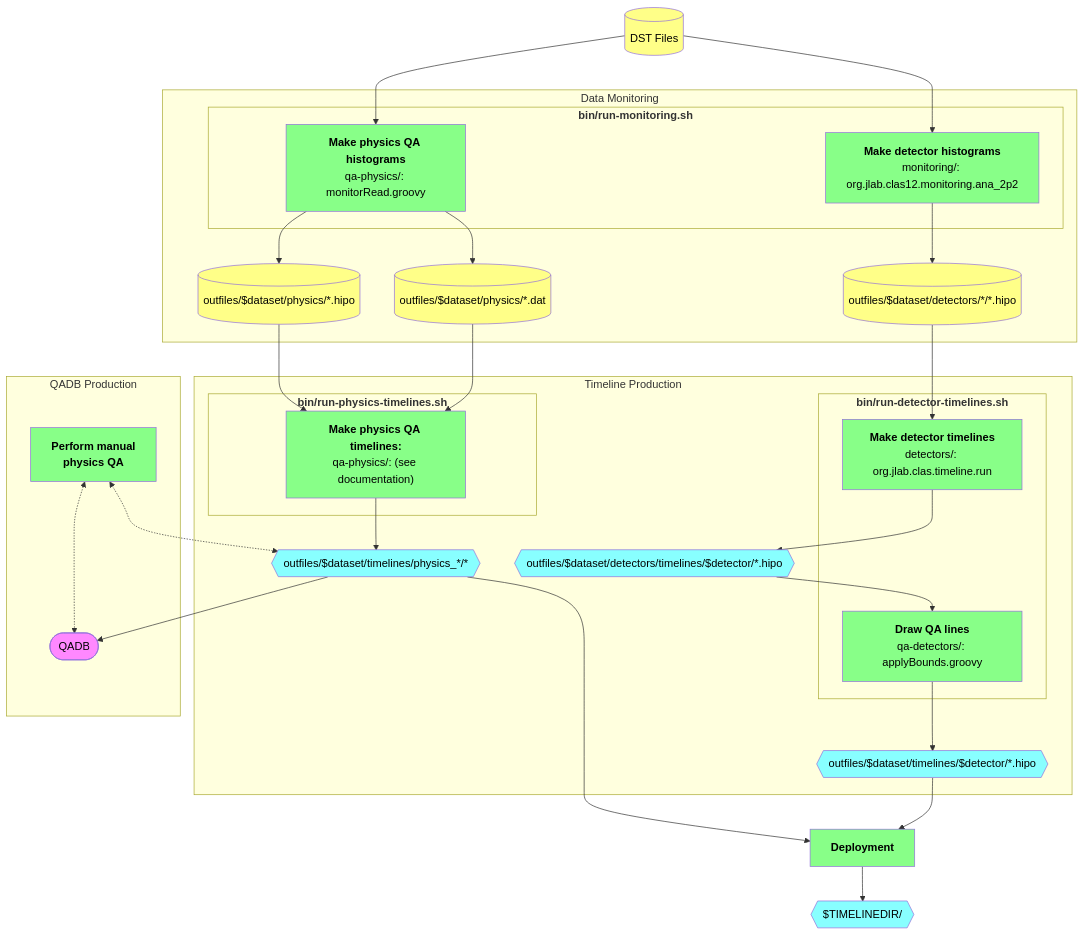
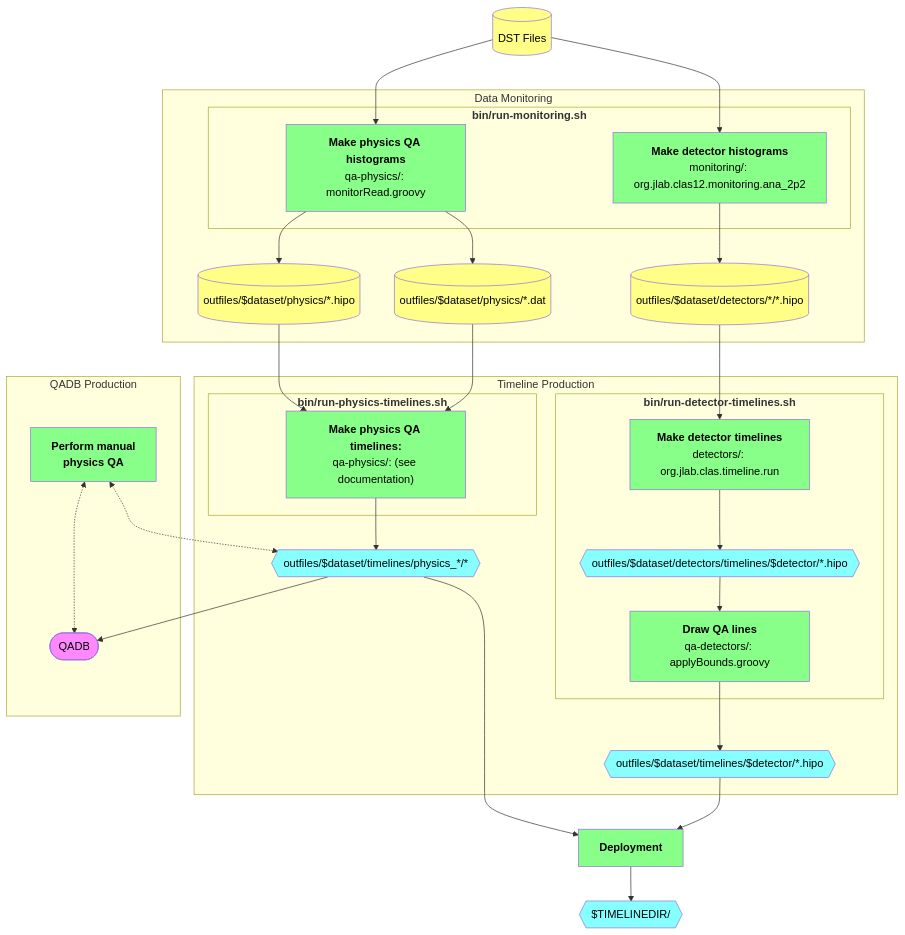
The diagram in README.md (JeffersonLab/clas12-timeline), drawn with Mermaid before and after one commit.

Commit message:
modified: README.md

````diff
--- a/README.md
+++ b/README.md
@@ -75,59 +75,59 @@
 ```mermaid
 flowchart TB
 
     classDef proc     fill:#8f8,color:black
     classDef data     fill:#ff8,color:black
     classDef misc     fill:#f8f,color:black
     classDef timeline fill:#8ff,color:black
 
     dst[(DST Files)]:::data
 
     subgraph Data Monitoring
         subgraph "<strong>bin/run-monitoring.sh</strong>"
             monitorDetectors["<strong>Make detector histograms</strong><br/>monitoring/: org.jlab.clas12.monitoring.ana_2p2"]:::proc
             monitorPhysics["<strong>Make physics QA histograms</strong><br/>qa-physics/: monitorRead.groovy"]:::proc
         end
         outplots[(outfiles/$dataset/detectors/*/*.hipo)]:::data
         outdat[(outfiles/$dataset/physics/*.dat)]:::data
         outmon[(outfiles/$dataset/physics/*.hipo)]:::data
     end
     dst --> monitorDetectors
     dst --> monitorPhysics
     monitorDetectors --> outplots
     monitorPhysics   --> outdat
     monitorPhysics   --> outmon
 
     subgraph Timeline Production
         subgraph "<strong>bin/run-detector-timelines.sh</strong>"
             timelineDetectorsPreQA["<strong>Make detector timelines</strong><br/>detectors/: org.jlab.clas.timeline.run"]:::proc
+            outTimelineDetectorsPreQA{{outfiles/$dataset/detectors/timelines/$detector/*.hipo}}:::timeline
             timelineDetectors["<strong>Draw QA lines</strong><br/>qa-detectors/: applyBounds.groovy"]:::proc
         end
         subgraph "<strong>bin/run-physics-timelines.sh</strong>"
             timelinePhysics["<strong>Make physics QA timelines:</strong><br/>qa-physics/: (see documentation)"]:::proc
         end
         outTimelinePhysics{{outfiles/$dataset/timelines/physics_*/*}}:::timeline
-        outTimelineDetectorsPreQA{{outfiles/$dataset/detectors/timelines/$detector/*.hipo}}:::timeline
         outTimelineDetectors{{outfiles/$dataset/timelines/$detector/*.hipo}}:::timeline
     end
 
     outplots --> timelineDetectorsPreQA --> outTimelineDetectorsPreQA --> timelineDetectors --> outTimelineDetectors
     outdat   --> timelinePhysics
     outmon   --> timelinePhysics
     timelinePhysics --> outTimelinePhysics
 
     subgraph QADB Production
         qadb([QADB]):::misc
         manualQA[<strong>Perform manual<br/>physics QA</strong>]:::proc
     end
     
     deploy["<strong>Deployment</strong>"]:::proc
     timelineDir{{"$TIMELINEDIR/"}}:::timeline
 
     outTimelineDetectors --> deploy
     outTimelinePhysics   --> deploy
     outTimelinePhysics   --> qadb
     manualQA <-.-> outTimelinePhysics
     manualQA <-.-> qadb
     deploy --> timelineDir
 
 ```
````
